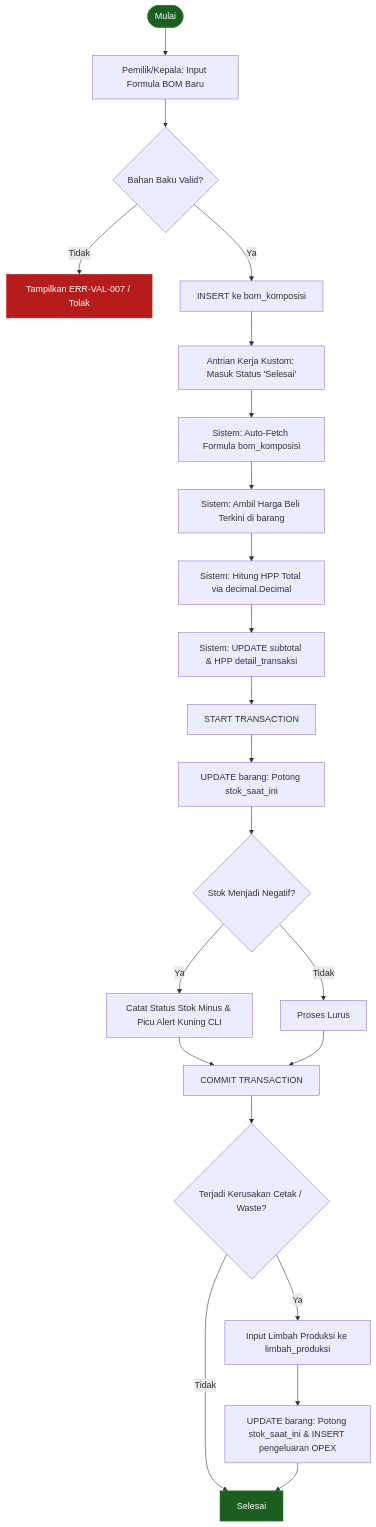
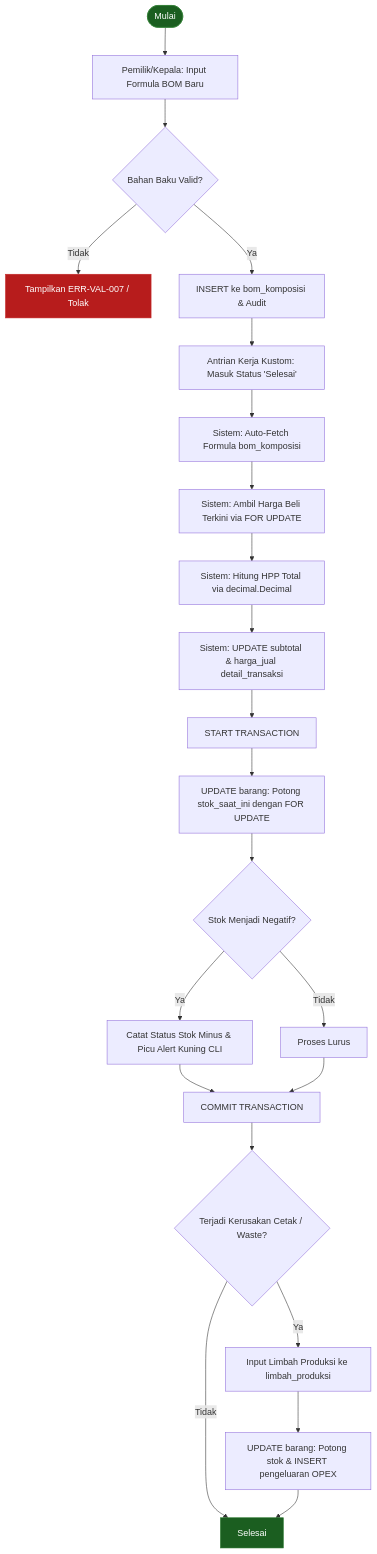
Before and after one commit to tigasatuu/abucom: the second of 4 diagrams in docs/sdlc/03_design/05_bom_hpp_design.md, drawn with Mermaid. The commit also changed other lines of this file and 1 other file, not shown here.

Commit message:
docs: implementasi issue validasi dokumen bom hpp design

````diff
--- a/docs/sdlc/03_design/05_bom_hpp_design.md
+++ b/docs/sdlc/03_design/05_bom_hpp_design.md
@@ -276,31 +305,31 @@
 ```mermaid
 flowchart TD
     Start([Mulai]) --> A[Pemilik/Kepala: Input Formula BOM Baru]
     A --> B{Bahan Baku Valid?}
     B -->|Tidak| C[Tampilkan ERR-VAL-007 / Tolak]
-    B -->|Ya| D[INSERT ke bom_komposisi]
+    B -->|Ya| D[INSERT ke bom_komposisi & Audit]
     
     D --> E[Antrian Kerja Kustom: Masuk Status 'Selesai']
     E --> F[Sistem: Auto-Fetch Formula bom_komposisi]
-    F --> G[Sistem: Ambil Harga Beli Terkini di barang]
+    F --> G[Sistem: Ambil Harga Beli Terkini via FOR UPDATE]
     G --> H[Sistem: Hitung HPP Total via decimal.Decimal]
     
-    H --> I[Sistem: UPDATE subtotal & HPP detail_transaksi]
+    H --> I[Sistem: UPDATE subtotal & harga_jual detail_transaksi]
     I --> J[START TRANSACTION]
-    J --> K[UPDATE barang: Potong stok_saat_ini]
+    J --> K[UPDATE barang: Potong stok_saat_ini dengan FOR UPDATE]
     
     K --> L{Stok Menjadi Negatif?}
     L -->|Ya| M[Catat Status Stok Minus & Picu Alert Kuning CLI]
     L -->|Tidak| N[Proses Lurus]
     
     M & N --> O[COMMIT TRANSACTION]
     O --> P{Terjadi Kerusakan Cetak / Waste?}
     P -->|Ya| Q[Input Limbah Produksi ke limbah_produksi]
-    Q --> R[UPDATE barang: Potong stok_saat_ini & INSERT pengeluaran OPEX]
+    Q --> R[UPDATE barang: Potong stok & INSERT pengeluaran OPEX]
     P -->|Tidak| S[Selesai]
     R --> S
     
     style Start fill:#1b5e20,stroke:#2e7d32,color:#fff
     style S fill:#1b5e20,stroke:#2e7d32,color:#fff
     style C fill:#b71c1c,stroke:#c62828,color:#fff
 ```
````
